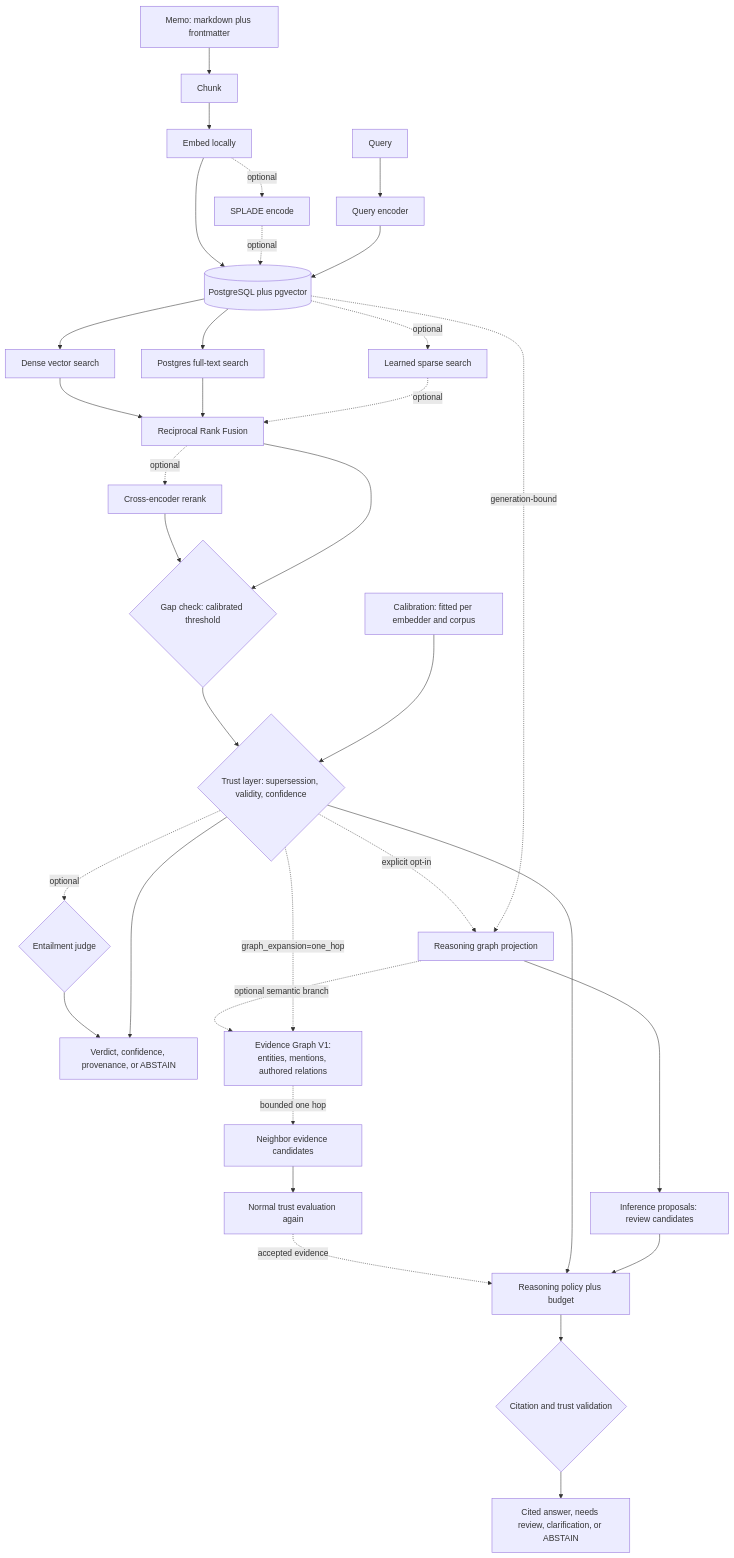
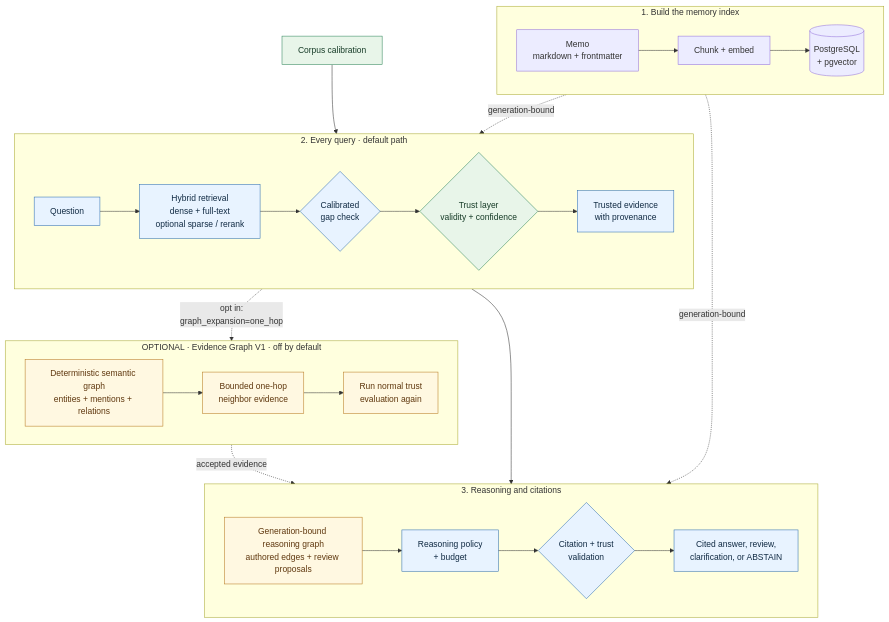
Before and after one commit to GiulioDER/RE-call: the diagram in README.md, drawn with Mermaid. The commit also changed other lines of this file, not shown here.

Commit message:
Improve README architecture diagram readability

````diff
--- a/README.md
+++ b/README.md
@@ -246,41 +250,42 @@
 ```mermaid
 flowchart TB
-    M["Memo: markdown plus frontmatter"] --> CH["Chunk"]
-    CH --> EW["Embed locally"]
-    EW -. "optional" .-> SP["SPLADE encode"]
-    EW --> DB
-    SP -. "optional" .-> DB
+    subgraph BUILD["1. Build the memory index"]
+        direction LR
+        M["Memo<br/>markdown + frontmatter"] --> I["Chunk + embed"] --> DB[("PostgreSQL<br/>+ pgvector")]
+    end
 
-    Q["Query"] --> EQ["Query encoder"]
-    EQ --> DB[("PostgreSQL plus pgvector")]
+    subgraph QUERY["2. Every query · default path"]
+        direction LR
+        Q["Question"] --> H["Hybrid retrieval<br/>dense + full-text<br/>optional sparse / rerank"]
+        H --> GP{"Calibrated<br/>gap check"}
+        GP --> TR{"Trust layer<br/>validity + confidence"}
+        TR --> E["Trusted evidence<br/>with provenance"]
+    end
 
-    DB --> DN["Dense vector search"]
-    DB --> SL["Postgres full-text search"]
-    DB -. "optional" .-> LS["Learned sparse search"]
+    subgraph REASONING["3. Reasoning and citations"]
+        direction LR
+        E --> RP["Reasoning policy<br/>+ budget"]
+        RP --> RV{"Citation + trust<br/>validation"}
+        RV --> ROUT["Cited answer, review,<br/>clarification, or ABSTAIN"]
+        RG["Generation-bound reasoning graph<br/>authored edges + review proposals"] --> RP
+    end
 
-    DN --> F["Reciprocal Rank Fusion"]
-    SL --> F
-    LS -. "optional" .-> F
+    subgraph GRAPH["OPTIONAL · Evidence Graph V1 · off by default"]
+        direction LR
+        SG["Deterministic semantic graph<br/>entities + mentions + relations"] --> EC["Bounded one-hop<br/>neighbor evidence"]
+        EC --> GT["Run normal trust<br/>evaluation again"]
+    end
 
-    F -. "optional" .-> RR["Cross-encoder rerank"]
-    RR --> GP
-    F --> GP{"Gap check: calibrated threshold"}
-    GP --> TR{"Trust layer: supersession, validity, confidence"}
-    CAL["Calibration: fitted per embedder and corpus"] --> TR
-    TR -. "optional" .-> EJ{"Entailment judge"}
-    EJ --> OUT
-    TR --> OUT["Verdict, confidence, provenance, or ABSTAIN"]
+    DB -. "generation-bound" .-> H
+    DB -. "generation-bound" .-> RG
+    CAL["Corpus calibration"] --> TR
+    TR -. "opt in:<br/>graph_expansion=one_hop" .-> SG
+    GT -. "accepted evidence" .-> RP
 
-    TR -. "explicit opt-in" .-> RG["Reasoning graph projection"]
-    DB -. "generation-bound" .-> RG
-    RG --> IP["Inference proposals: review candidates"]
-    RG -. "optional semantic branch" .-> SG["Evidence Graph V1:<br/>entities, mentions, authored relations"]
-    TR -. "graph_expansion=one_hop" .-> SG
-    SG -. "bounded one hop" .-> EC["Neighbor evidence candidates"]
-    EC --> GT["Normal trust evaluation again"]
-    GT -. "accepted evidence" .-> RP
-    TR --> RP["Reasoning policy plus budget"]
-    IP --> RP
-    RP --> RV{"Citation and trust validation"}
-    RV --> ROUT["Cited answer, needs review, clarification, or ABSTAIN"]
+    classDef defaultPath fill:#e8f3ff,stroke:#2b6cb0,color:#102a43,stroke-width:1px;
+    classDef optionalPath fill:#fff8e1,stroke:#b7791f,color:#5f370e,stroke-width:1px;
+    classDef trustPath fill:#e8f5e9,stroke:#2f855a,color:#163b27,stroke-width:1px;
+    class Q,H,GP,E,RP,RV,ROUT defaultPath;
+    class SG,EC,GT,RG optionalPath;
+    class TR,CAL trustPath;
 ```
````
